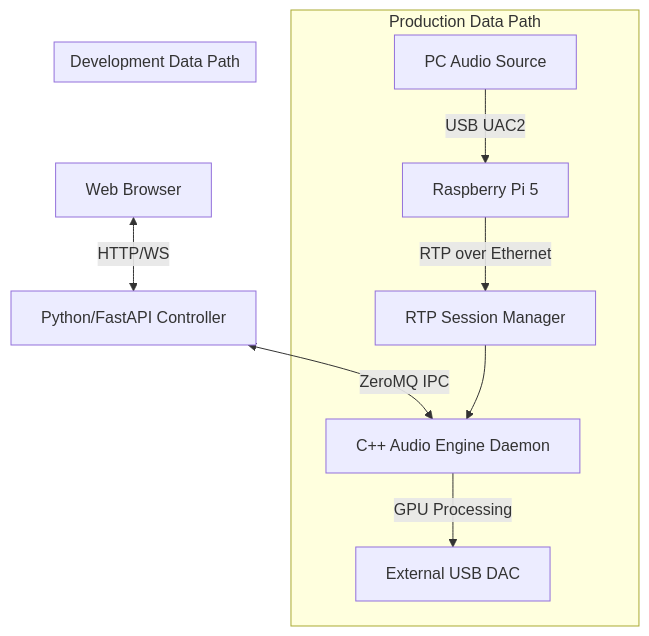
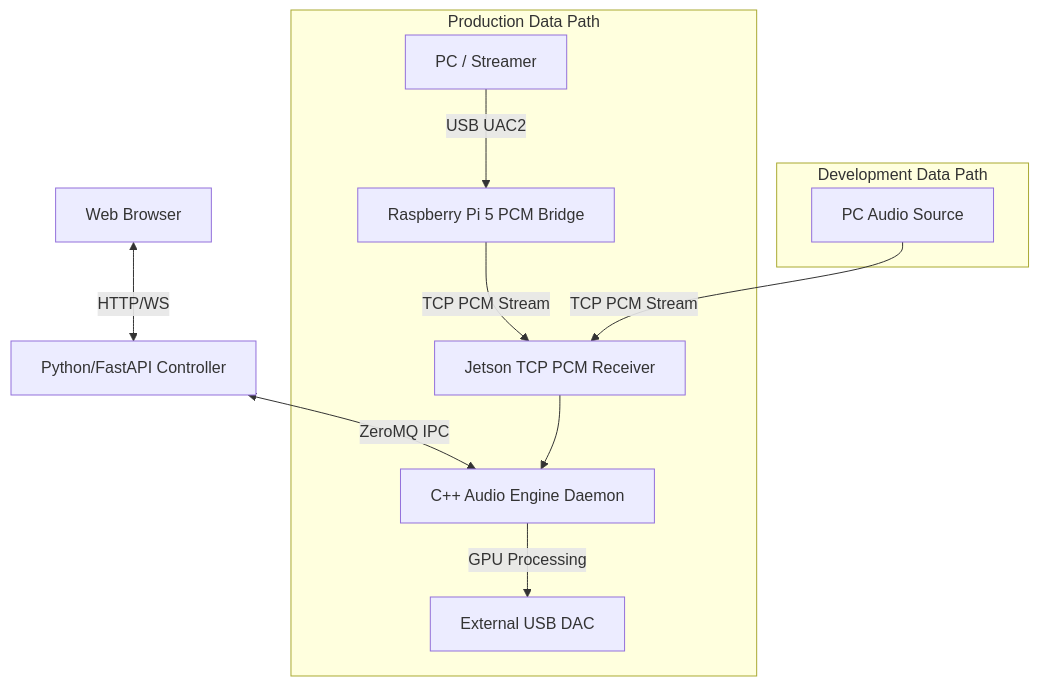
One commit to michihitoTakami/totton_audio_project changed the diagram in CLAUDE.md. Above: the diagram before and after it, drawn with Mermaid. The commit also changed other lines of this file and 11 other files, not shown here.

````diff
--- a/CLAUDE.md
+++ b/CLAUDE.md
@@ -46,15 +46,16 @@
 ```mermaid
 graph TD
     WebUI[Web Browser] <-->|HTTP/WS| Controller[Python/FastAPI Controller]
     Controller <-->|ZeroMQ IPC| Engine[C++ Audio Engine Daemon]
 
     subgraph Production Data Path
-        PC[PC Audio Source] -->|USB UAC2| RasPi[Raspberry Pi 5]
-        RasPi -->|RTP over Ethernet| RTPReceiver[RTP Session Manager]
-        RTPReceiver --> Engine
+        Source[PC / Streamer] -->|USB UAC2| RasPi[Raspberry Pi 5 PCM Bridge]
+        RasPi -->|TCP PCM Stream| Receiver[Jetson TCP PCM Receiver]
+        Receiver --> Engine
         Engine -->|GPU Processing| DAC[External USB DAC]
     end
 
     subgraph Development Data Path
+        DevSource[PC Audio Source] -->|TCP PCM Stream| Receiver
     end
 ```
````
